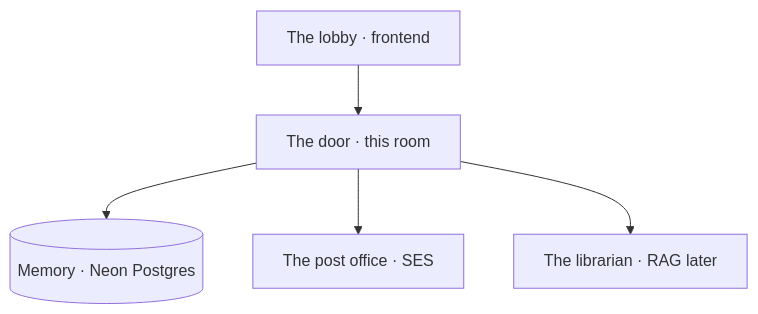
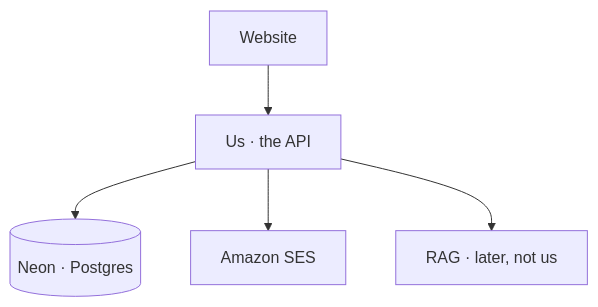
One commit to sreecharan-desu/hackx-slides changed the diagram in content/tracks/backend-from-zero/lessons/01-what-you-own.md. Above: the diagram before and after it, drawn with Mermaid. The commit also changed other lines of this file and 35 other files, not shown here.

````diff
--- a/content/tracks/backend-from-zero/lessons/01-what-you-own.md
+++ b/content/tracks/backend-from-zero/lessons/01-what-you-own.md
@@ -14,13 +14,13 @@
 ```mermaid
 flowchart TB
-  FE[The lobby · frontend]
-  API[The door · this room]
-  DB[(Memory · Neon Postgres)]
-  SES[The post office · SES]
-  RAG[The librarian · RAG later]
+  FE[Website]
+  API[Us · the API]
+  DB[(Neon · Postgres)]
+  SES[Amazon SES]
+  RAG[RAG · later, not us]
 
   FE --> API
   API --> DB
   API --> SES
   API --> RAG
 ```
````
